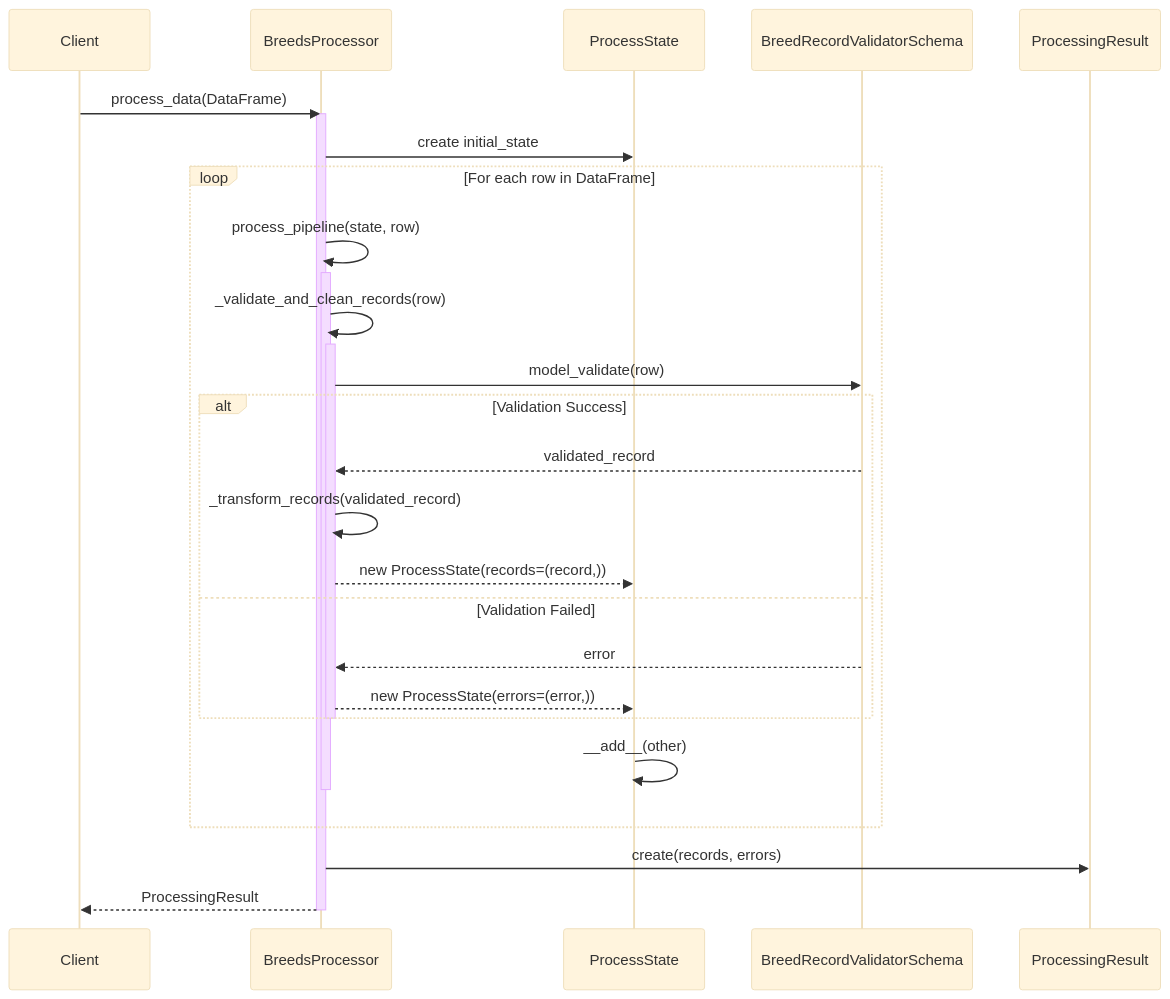
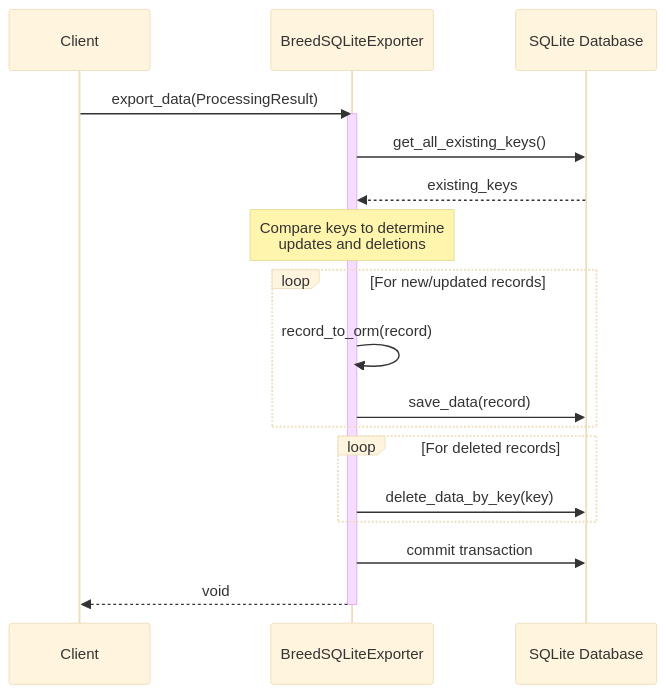
The second of 3 diagrams in docs/breeds_processor_flow.md (gurumfj/date-calculator-htmx), drawn with Mermaid (base theme) before and after one commit. The commit also changed other lines of this file and 9 other files, not shown here.

First line of the commit message:
Refactor breeds data processing with improved export and synchronization strategy

````diff
--- a/docs/breeds_processor_flow.md
+++ b/docs/breeds_processor_flow.md
@@ -36,38 +43,27 @@
 ```mermaid
 sequenceDiagram
     participant Client
-    participant BreedsProcessor
-    participant ProcessState
-    participant Validator as BreedRecordValidatorSchema
+    participant Exporter as BreedSQLiteExporter
+    participant DB as SQLite Database
     
-    Client->>BreedsProcessor: process_data(DataFrame)
-    activate BreedsProcessor
+    Client->>Exporter: export_data(ProcessingResult)
+    activate Exporter
     
-    BreedsProcessor->>ProcessState: create initial_state
+    Exporter->>DB: get_all_existing_keys()
+    DB-->>Exporter: existing_keys
     
-    loop For each row in DataFrame
-        BreedsProcessor->>BreedsProcessor: process_pipeline(state, row)
-        activate BreedsProcessor
-        
-        BreedsProcessor->>BreedsProcessor: _validate_and_clean_records(row)
-        activate BreedsProcessor
-        BreedsProcessor->>Validator: model_validate(row)
-        
-        alt Validation Success
-            Validator-->>BreedsProcessor: validated_record
-            BreedsProcessor->>BreedsProcessor: _transform_records(validated_record)
-            BreedsProcessor-->>ProcessState: new ProcessState(records=(record,))
-        else Validation Failed
-            Validator-->>BreedsProcessor: error
-            BreedsProcessor-->>ProcessState: new ProcessState(errors=(error,))
-        end
-        deactivate BreedsProcessor
-        
-        ProcessState->>ProcessState: __add__(other)
-        deactivate BreedsProcessor
+    Note over Exporter: Compare keys to determine<br/>updates and deletions
+    
+    loop For new/updated records
+        Exporter->>Exporter: record_to_orm(record)
+        Exporter->>DB: save_data(record)
     end
     
-    BreedsProcessor->>ProcessingResult: create(records, errors)
-    BreedsProcessor-->>Client: ProcessingResult
-    deactivate BreedsProcessor
+    loop For deleted records
+        Exporter->>DB: delete_data_by_key(key)
+    end
+    
+    Exporter->>DB: commit transaction
+    Exporter-->>Client: void
+    deactivate Exporter
 ```
````
